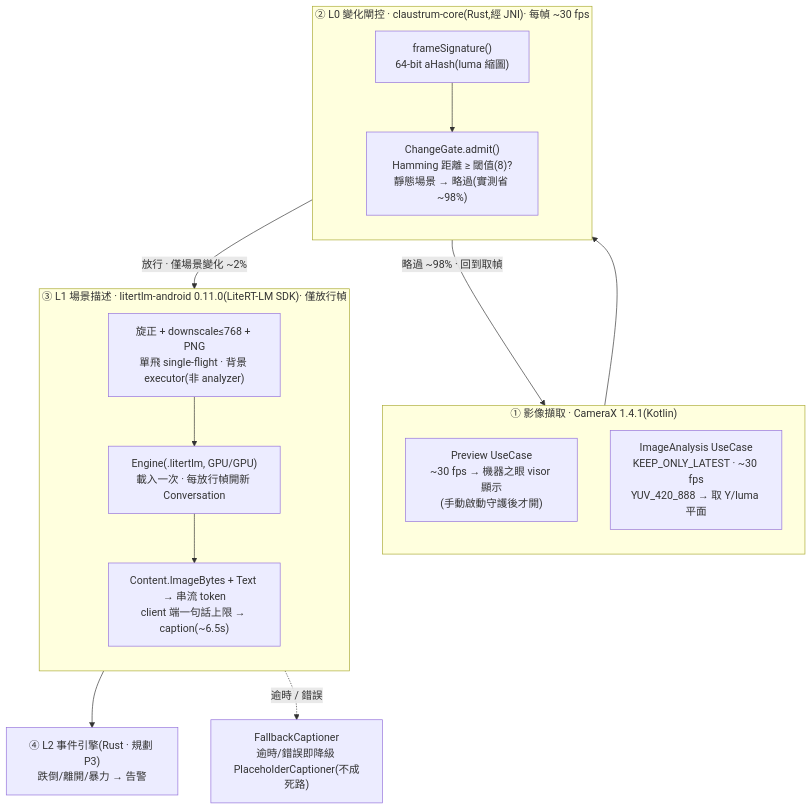
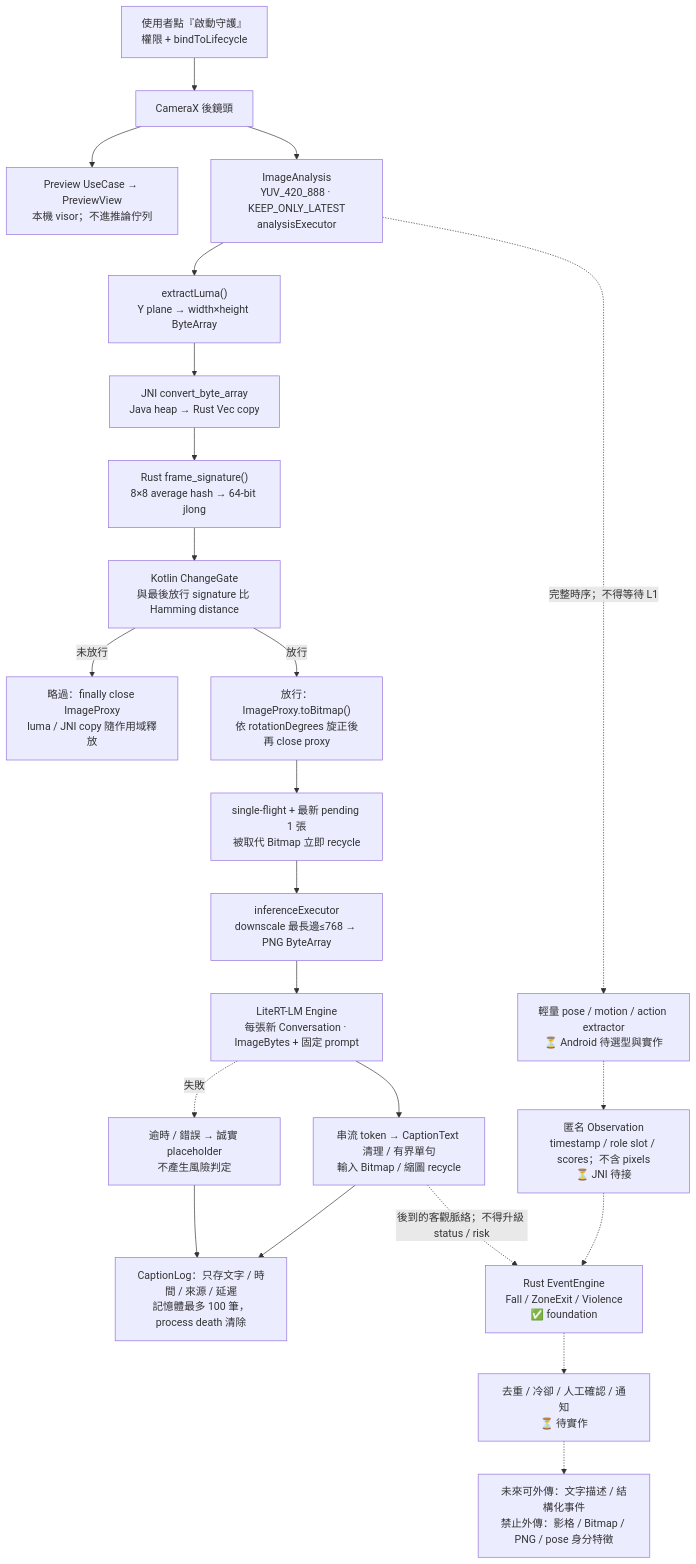
One commit to TingFengChou/claustrum changed the third of 3 diagrams in README.md. Above: the diagram before and after it, drawn with Mermaid. The commit also changed other lines of this file and 27 other files, not shown here.

First line of the commit message:
feat(core-rs): L2 時序事件引擎 foundation (#30)

````diff
--- a/README.md
+++ b/README.md
@@ -182,33 +208,34 @@
 ```mermaid
 flowchart TB
-  subgraph CAP["① 影像擷取 · CameraX 1.4.1(Kotlin)"]
-    direction TB
-    PV["Preview UseCase<br/>~30 fps → 機器之眼 visor 顯示<br/>(手動啟動守護後才開)"]
-    IA["ImageAnalysis UseCase<br/>KEEP_ONLY_LATEST · ~30 fps<br/>YUV_420_888 → 取 Y/luma 平面"]
-  end
+  START["使用者點『啟動守護』<br/>權限 + bindToLifecycle"]
+  CAMERA["CameraX 後鏡頭"]
+  PREVIEW["Preview UseCase → PreviewView<br/>本機 visor；不進推論佇列"]
+  ANALYSIS["ImageAnalysis<br/>YUV_420_888 · KEEP_ONLY_LATEST<br/>analysisExecutor"]
+  LUMA["extractLuma()<br/>Y plane → width×height ByteArray"]
+  JNI["JNI convert_byte_array<br/>Java heap → Rust Vec copy"]
+  HASH["Rust frame_signature()<br/>8×8 average hash → 64-bit jlong"]
+  GATE["Kotlin ChangeGate<br/>與最後放行 signature 比 Hamming distance"]
+  CLOSE["略過：finally close ImageProxy<br/>luma / JNI copy 隨作用域釋放"]
+  COPY["放行：ImageProxy.toBitmap()<br/>依 rotationDegrees 旋正後再 close proxy"]
+  QUEUE["single-flight + 最新 pending 1 張<br/>被取代 Bitmap 立即 recycle"]
+  PREP["inferenceExecutor<br/>downscale 最長邊≤768 → PNG ByteArray"]
+  ENGINE["LiteRT-LM Engine<br/>每張新 Conversation · ImageBytes + 固定 prompt"]
+  TEXT["串流 token → CaptionText 清理 / 有界單句<br/>輸入 Bitmap / 縮圖 recycle"]
+  LOG["CaptionLog：只存文字 / 時間 / 來源 / 延遲<br/>記憶體最多 100 筆，process death 清除"]
+  FALLBACK["逾時 / 錯誤 → 誠實 placeholder<br/>不產生風險判定"]
+  EXTRACTOR["輕量 pose / motion / action extractor<br/>⏳ Android 待選型與實作"]
+  OBS["匿名 Observation<br/>timestamp / role slot / scores；不含 pixels<br/>⏳ JNI 待接"]
+  L2["Rust EventEngine<br/>Fall / ZoneExit / Violence<br/>✅ foundation"]
+  POLICY["去重 / 冷卻 / 人工確認 / 通知<br/>⏳ 待實作"]
+  ALLOWED["未來可外傳：文字描述 / 結構化事件<br/>禁止外傳：影格 / Bitmap / PNG / pose 身分特徵"]
 
-  subgraph L0["② L0 變化閘控 · claustrum-core(Rust,經 JNI)· 每幀 ~30 fps"]
-    direction TB
-    SIG["frameSignature()<br/>64-bit aHash(luma 縮圖)"]
-    GATE["ChangeGate.admit()<br/>Hamming 距離 ≥ 閾值(8)?<br/>靜態場景 → 略過(實測省 ~98%)"]
-  end
-
-  subgraph L1["③ L1 場景描述 · litertlm-android 0.11.0(LiteRT-LM SDK)· 僅放行幀"]
-    direction TB
-    PREP["旋正 + downscale≤768 + PNG<br/>單飛 single-flight · 背景 executor(非 analyzer)"]
-    ENG["Engine(.litertlm, GPU/GPU)<br/>載入一次 · 每放行幀開新 Conversation"]
-    GEN["Content.ImageBytes + Text → 串流 token<br/>client 端一句話上限 → caption(~6.5s)"]
-  end
-
-  FB["FallbackCaptioner<br/>逾時/錯誤即降級 PlaceholderCaptioner(不成死路)"]
-  L2["④ L2 事件引擎(Rust · 規劃 P3)<br/>跌倒/離開/暴力 → 告警"]
-
-  IA --> SIG
-  SIG --> GATE
-  GATE -->|"放行 · 僅場景變化 ~2%"| PREP
-  GATE -->|"略過 ~98% · 回到取幀"| IA
-  PREP --> ENG
-  ENG --> GEN
-  GEN --> L2
-  GEN -.->|"逾時 / 錯誤"| FB
+  START --> CAMERA
+  CAMERA --> PREVIEW
+  CAMERA --> ANALYSIS --> LUMA --> JNI --> HASH --> GATE
+  GATE -->|"未放行"| CLOSE
+  GATE -->|"放行"| COPY --> QUEUE --> PREP --> ENGINE --> TEXT --> LOG
+  ENGINE -.->|"失敗"| FALLBACK --> LOG
+  ANALYSIS -.->|"完整時序；不得等待 L1"| EXTRACTOR
+  EXTRACTOR -.-> OBS -.-> L2 -.-> POLICY -.-> ALLOWED
+  TEXT -.->|"後到的客觀脈絡；不得升級 status / risk"| L2
 ```
````
